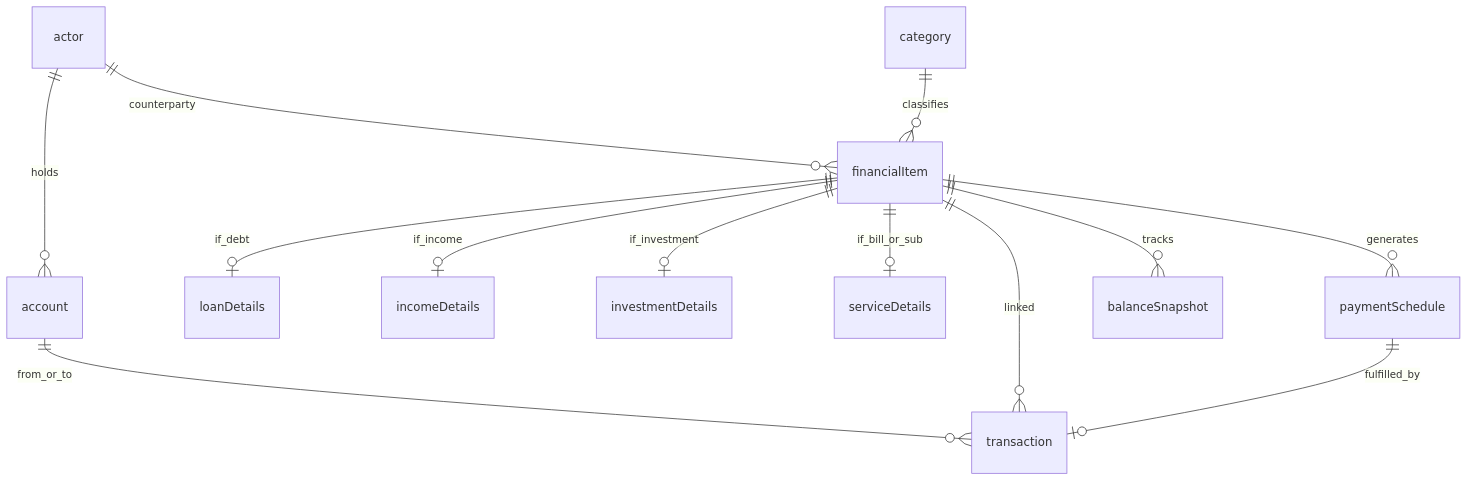
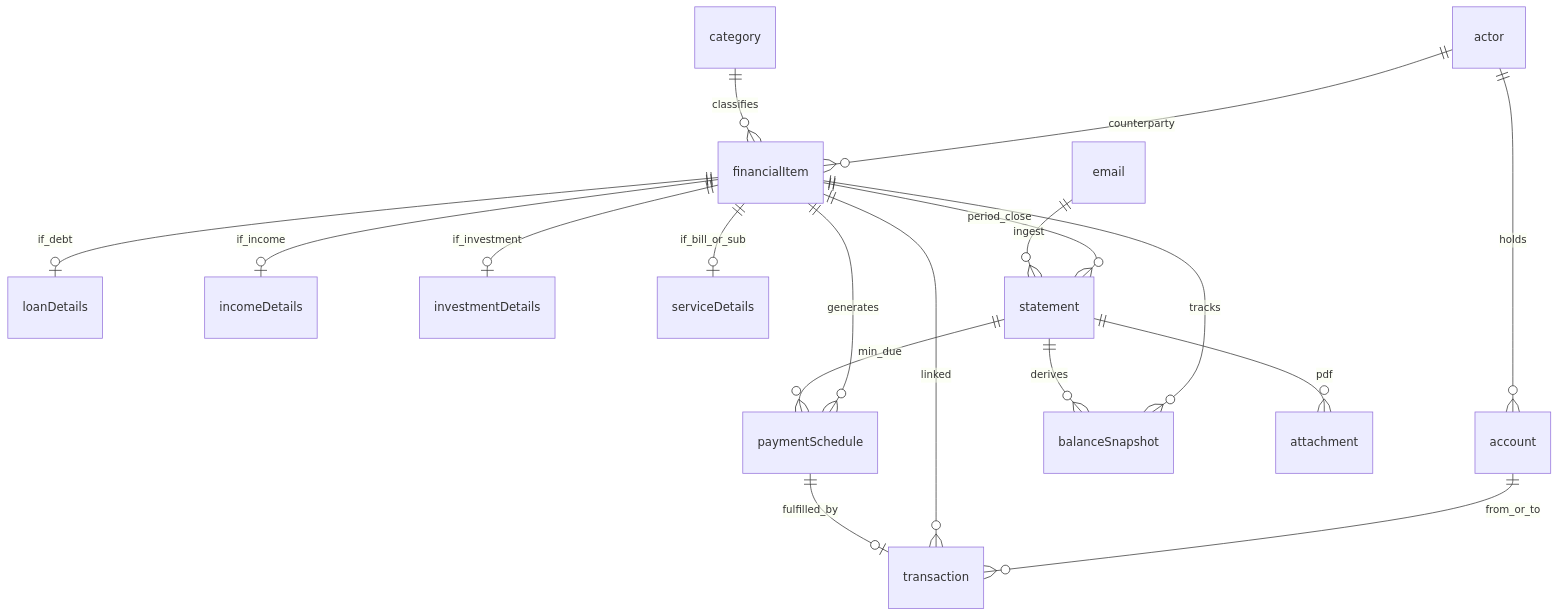
Before and after one commit to AndresLGomezO/spa-base: the second of 5 diagrams in docs/rates-data-model.md, drawn with Mermaid. The commit also changed other lines of this file and 42 other files, not shown here.

First line of the commit message:
Add statement entity ingest via Rates hooks with email ledger and attachments.

````diff
--- a/docs/rates-data-model.md
+++ b/docs/rates-data-model.md
@@ -117,15 +128,20 @@
 ```mermaid
 erDiagram
     actor ||--o{ account : "holds"
     actor ||--o{ financialItem : "counterparty"
     account ||--o{ transaction : "from_or_to"
     category ||--o{ financialItem : "classifies"
     financialItem ||--o| loanDetails : "if_debt"
     financialItem ||--o| incomeDetails : "if_income"
     financialItem ||--o| investmentDetails : "if_investment"
     financialItem ||--o| serviceDetails : "if_bill_or_sub"
     financialItem ||--o{ paymentSchedule : "generates"
     financialItem ||--o{ balanceSnapshot : "tracks"
     financialItem ||--o{ transaction : "linked"
+    financialItem ||--o{ statement : "period_close"
     paymentSchedule ||--o| transaction : "fulfilled_by"
+    statement ||--o{ balanceSnapshot : "derives"
+    statement ||--o{ attachment : "pdf"
+    statement ||--o{ paymentSchedule : "min_due"
+    email ||--o{ statement : "ingest"
 ```
````
